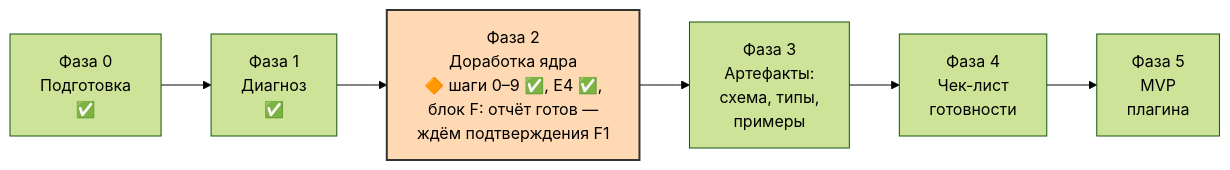
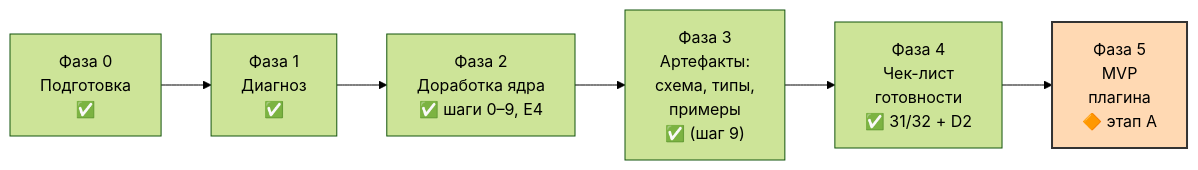
Before and after one commit to pashhha33/SB_Qwen_PKB: the diagram in docs/project-map/PROJECT_MAP.md, drawn with Mermaid (forest theme). The commit also changed other lines of this file and 9 other files, not shown here.

````diff
--- a/docs/project-map/PROJECT_MAP.md
+++ b/docs/project-map/PROJECT_MAP.md
@@ -59,9 +61,9 @@
 ```mermaid
 flowchart LR
     F0["Фаза 0<br/>Подготовка<br/>✅"] --> F1["Фаза 1<br/>Диагноз<br/>✅"]
-    F1 --> F2["Фаза 2<br/>Доработка ядра<br/>🔶 шаги 0–9 ✅, E4 ✅,<br/>блок F: отчёт готов —<br/>ждём подтверждения F1"]
-    F2 --> F3["Фаза 3<br/>Артефакты:<br/>схема, типы,<br/>примеры"]
-    F3 --> F4["Фаза 4<br/>Чек-лист<br/>готовности"]
-    F4 --> F5["Фаза 5<br/>MVP<br/>плагина"]
-    style F2 fill:#ffd9b3,stroke:#333,stroke-width:2px
+    F1 --> F2["Фаза 2<br/>Доработка ядра<br/>✅ шаги 0–9, E4"]
+    F2 --> F3["Фаза 3<br/>Артефакты:<br/>схема, типы,<br/>примеры<br/>✅ (шаг 9)"]
+    F3 --> F4["Фаза 4<br/>Чек-лист<br/>готовности<br/>✅ 31/32 + D2"]
+    F4 --> F5["Фаза 5<br/>MVP<br/>плагина<br/>🔶 этап A"]
+    style F5 fill:#ffd9b3,stroke:#333,stroke-width:2px
 ```
````
